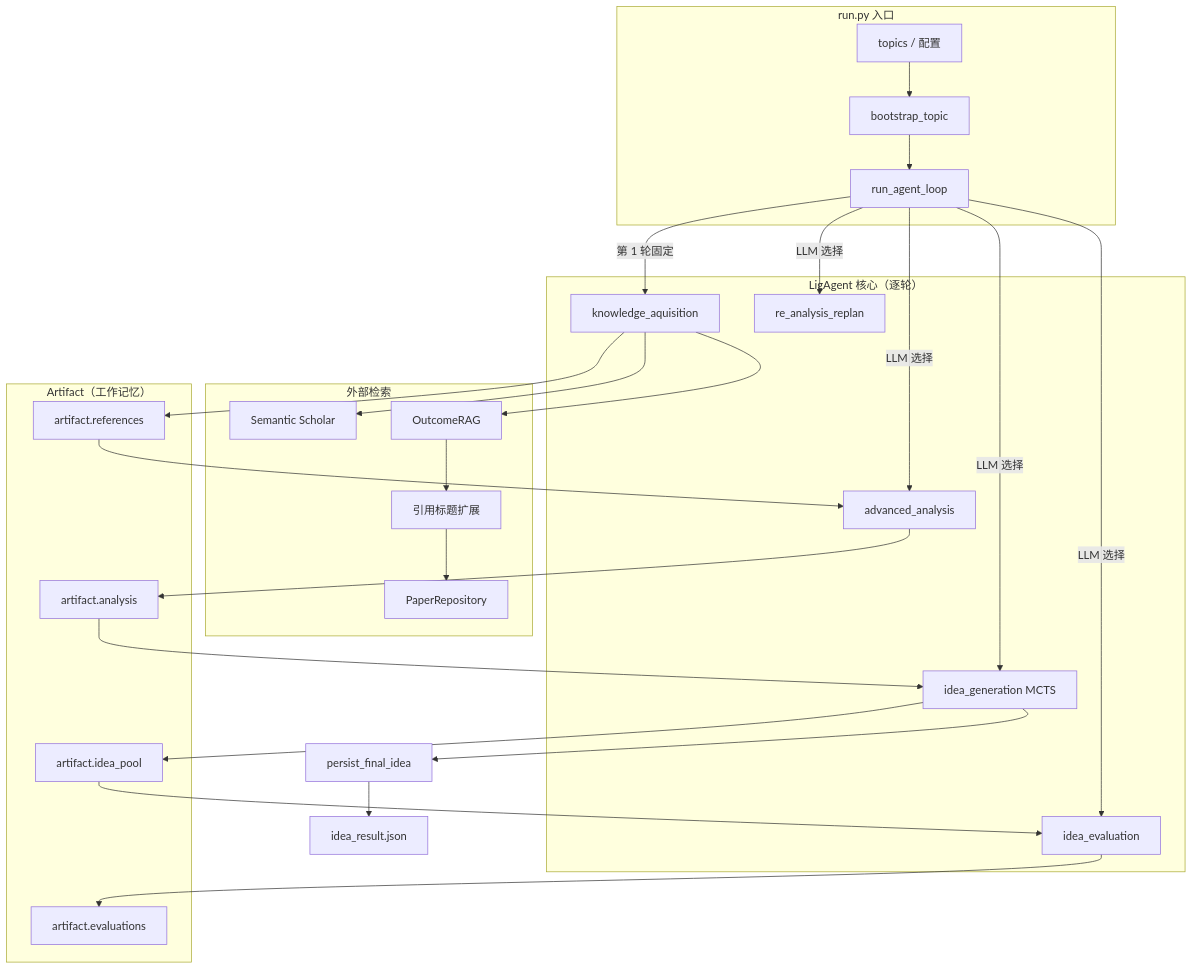
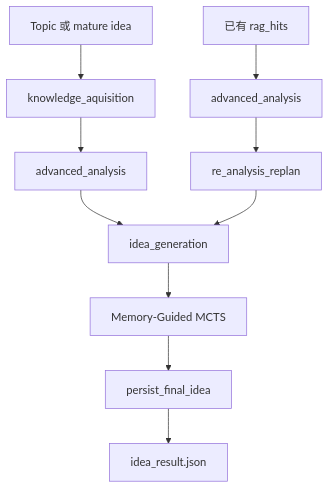
One commit to OpenDFM/Xcientist changed the diagram in src/agents/idea_agent/README_CN.md. Above: the diagram before and after it, drawn with Mermaid. The commit also changed other lines of this file and 15 other files, not shown here.

````diff
--- a/src/agents/idea_agent/README_CN.md
+++ b/src/agents/idea_agent/README_CN.md
@@ -29,35 +17,14 @@
 ```mermaid
 graph TD
-    subgraph "run.py 入口"
-        S[topics / 配置] --> B[bootstrap_topic]
-        B --> L[run_agent_loop]
-    end
+    T[Topic 或 mature idea] --> KA[knowledge_aquisition]
+    KA --> AA[advanced_analysis]
+    AA --> IG[idea_generation]
 
-    subgraph "LigAgent 核心（逐轮）"
-        L -->|第 1 轮固定| KA[knowledge_aquisition]
-        L -->|LLM 选择| AA[advanced_analysis]
-        L -->|LLM 选择| IG[idea_generation MCTS]
-        L -->|LLM 选择| IE[idea_evaluation]
-        L -->|LLM 选择| RR[re_analysis_replan]
-    end
+    RH[已有 rag_hits] --> AA2[advanced_analysis]
+    AA2 --> RR[re_analysis_replan]
+    RR --> IG
 
-    subgraph "外部检索"
-        KA --> SS[Semantic Scholar]
-        KA --> ORAG[OutcomeRAG]
-        ORAG --> CT[引用标题扩展]
-        CT --> PR[PaperRepository]
-    end
-
-    subgraph "Artifact（工作记忆）"
-        KA --> AR[artifact.references]
-        AR --> AA
-        AA --> AN[artifact.analysis]
-        AN --> IG
-        IG --> IP[artifact.idea_pool]
-        IP --> IE
-        IE --> EV[artifact.evaluations]
-    end
-
-    IG --> PFI[persist_final_idea]
+    IG --> MCTS[Memory-Guided MCTS]
+    MCTS --> PFI[persist_final_idea]
     PFI --> OUT[idea_result.json]
 ```
````
